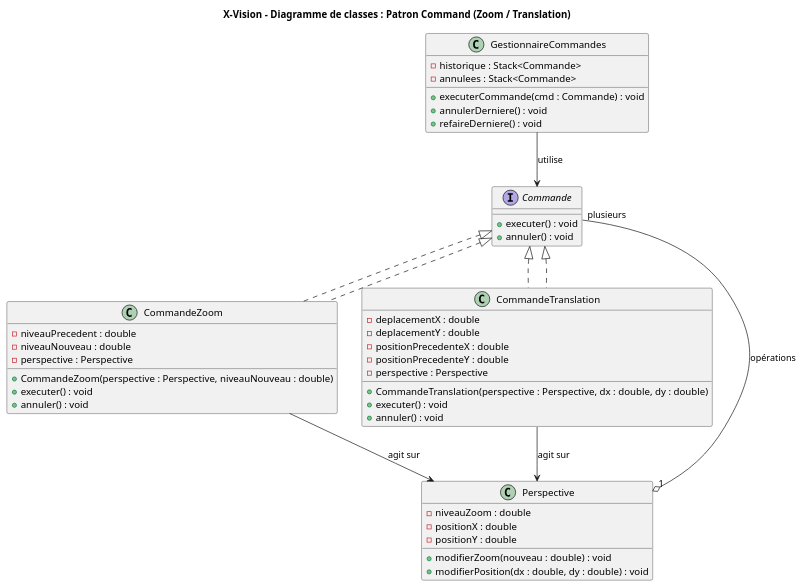
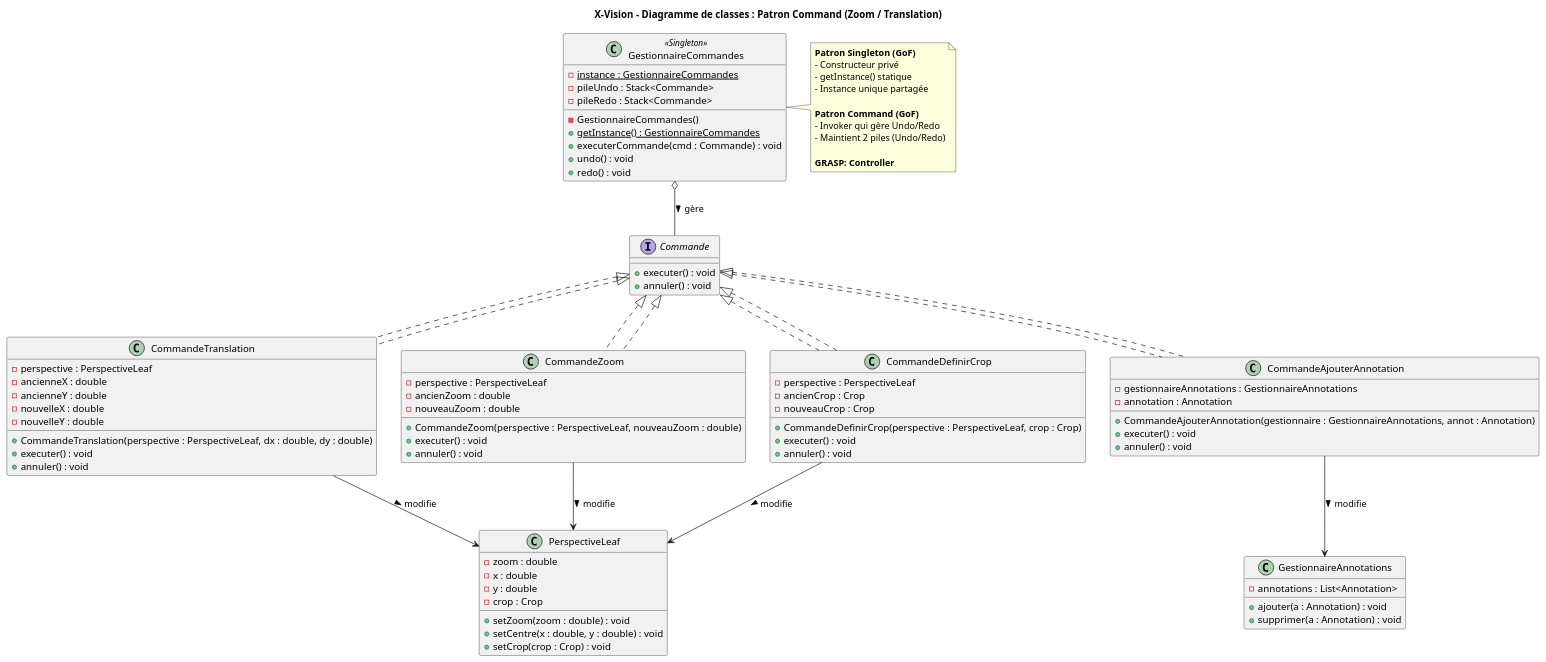
Before and after one commit to antoinemailhot/X-Vision: the diagram in docs/diagramme_command.puml, drawn with PlantUML. The commit also changed 29 other files, not shown here.

```diff
--- a/docs/diagramme_command.puml
+++ b/docs/diagramme_command.puml
@@ -1,63 +1,107 @@
 @startuml
 ' =====================================================
 ' DIAGRAMME DE CLASSES - PATRON COMMAND
 ' Projet : X-Vision
 ' Auteur : Antoine Mailhot & Micaël Racine-Leblanc 
 ' Description : Implémentation du patron Command pour les
 '               opérations de Zoom et de Translation.
 ' =====================================================
 
 title X-Vision - Diagramme de classes : Patron Command (Zoom / Translation)
 
 interface Commande {
     +executer() : void
     +annuler() : void
 }
 
 class CommandeZoom implements Commande {
-    -niveauPrecedent : double
-    -niveauNouveau : double
-    -perspective : Perspective
-    +CommandeZoom(perspective : Perspective, niveauNouveau : double)
+    -perspective : PerspectiveLeaf
+    -ancienZoom : double
+    -nouveauZoom : double
+    +CommandeZoom(perspective : PerspectiveLeaf, nouveauZoom : double)
     +executer() : void
     +annuler() : void
 }
 
 class CommandeTranslation implements Commande {
-    -deplacementX : double
-    -deplacementY : double
-    -positionPrecedenteX : double
-    -positionPrecedenteY : double
-    -perspective : Perspective
-    +CommandeTranslation(perspective : Perspective, dx : double, dy : double)
+    -perspective : PerspectiveLeaf
+    -ancienneX : double
+    -ancienneY : double
+    -nouvelleX : double
+    -nouvelleY : double
+    +CommandeTranslation(perspective : PerspectiveLeaf, dx : double, dy : double)
     +executer() : void
     +annuler() : void
 }
 
-class GestionnaireCommandes {
-    -historique : Stack<Commande>
-    -annulees : Stack<Commande>
-    +executerCommande(cmd : Commande) : void
-    +annulerDerniere() : void
-    +refaireDerniere() : void
+class CommandeAjouterAnnotation implements Commande {
+    -gestionnaireAnnotations : GestionnaireAnnotations
+    -annotation : Annotation
+    +CommandeAjouterAnnotation(gestionnaire : GestionnaireAnnotations, annot : Annotation)
+    +executer() : void
+    +annuler() : void
 }
 
-class Perspective {
-    -niveauZoom : double
-    -positionX : double
-    -positionY : double
-    +modifierZoom(nouveau : double) : void
-    +modifierPosition(dx : double, dy : double) : void
+class CommandeDefinirCrop implements Commande {
+    -perspective : PerspectiveLeaf
+    -ancienCrop : Crop
+    -nouveauCrop : Crop
+    +CommandeDefinirCrop(perspective : PerspectiveLeaf, crop : Crop)
+    +executer() : void
+    +annuler() : void
+}
+
+class GestionnaireCommandes <<Singleton>> {
+    -{static} instance : GestionnaireCommandes
+    -pileUndo : Stack<Commande>
+    -pileRedo : Stack<Commande>
+    -GestionnaireCommandes()
+    +{static} getInstance() : GestionnaireCommandes
+    +executerCommande(cmd : Commande) : void
+    +undo() : void
+    +redo() : void
+}
+
+class PerspectiveLeaf {
+    -zoom : double
+    -x : double
+    -y : double
+    -crop : Crop
+    +setZoom(zoom : double) : void
+    +setCentre(x : double, y : double) : void
+    +setCrop(crop : Crop) : void
+}
+
+class GestionnaireAnnotations {
+    -annotations : List<Annotation>
+    +ajouter(a : Annotation) : void
+    +supprimer(a : Annotation) : void
 }
 
 ' =====================================================
 ' RELATIONS ENTRE LES CLASSES
 ' =====================================================
 Commande <|.. CommandeZoom
 Commande <|.. CommandeTranslation
-GestionnaireCommandes --> Commande : utilise
-CommandeZoom --> Perspective : agit sur
-CommandeTranslation --> Perspective : agit sur
-Perspective "1" o-- "plusieurs" Commande : opérations
+Commande <|.. CommandeAjouterAnnotation
+Commande <|.. CommandeDefinirCrop
+GestionnaireCommandes o-- Commande : gère >
+CommandeZoom --> PerspectiveLeaf : modifie >
+CommandeTranslation --> PerspectiveLeaf : modifie >
+CommandeAjouterAnnotation --> GestionnaireAnnotations : modifie >
+CommandeDefinirCrop --> PerspectiveLeaf : modifie >
+
+note right of GestionnaireCommandes
+    **Patron Singleton (GoF)**
+    - Constructeur privé
+    - getInstance() statique
+    - Instance unique partagée
+
+    **Patron Command (GoF)**
+    - Invoker qui gère Undo/Redo
+    - Maintient 2 piles (Undo/Redo)
+
+    **GRASP: Controller**
+end note
 
 @enduml
```
